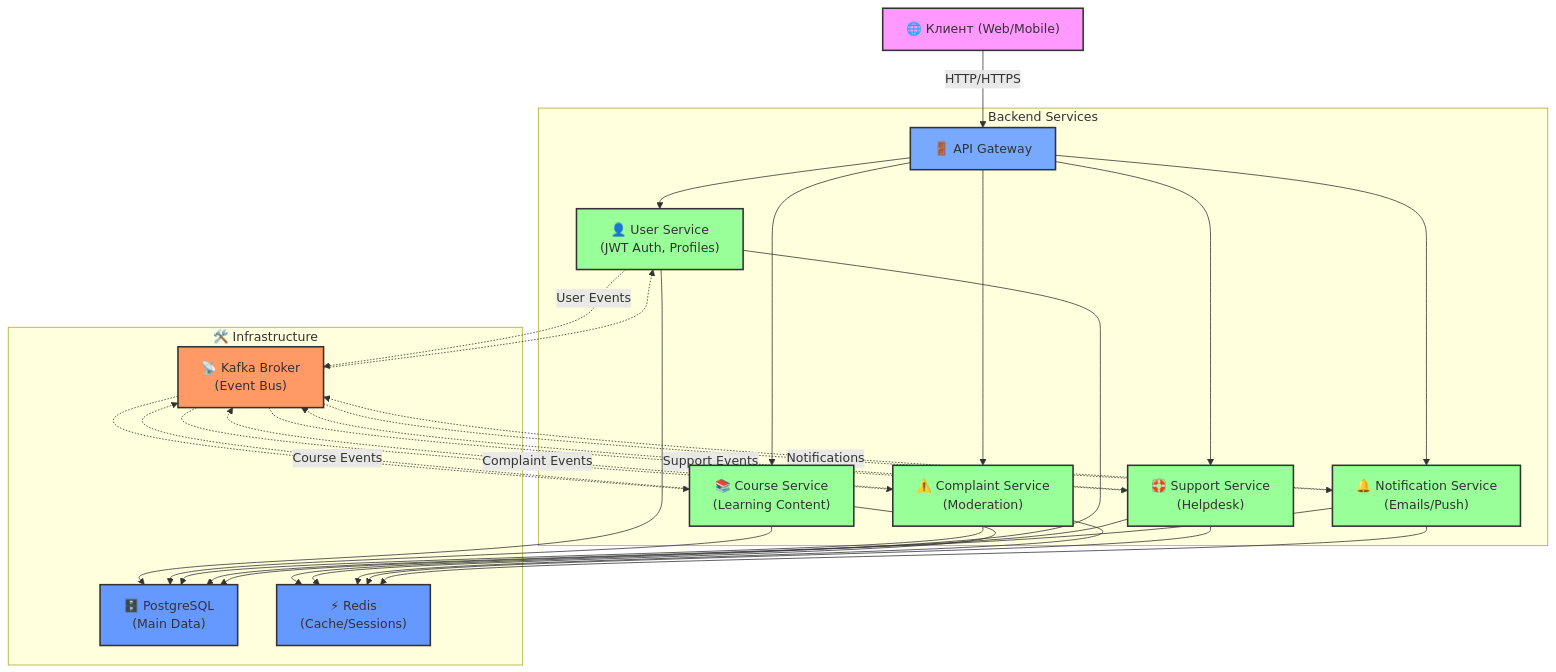
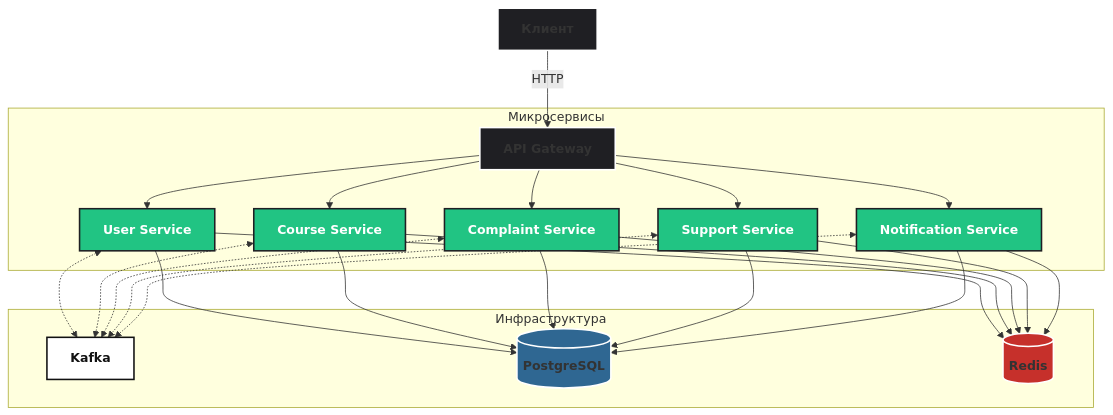
Before and after one commit to Persdsr/Slay: the diagram in README.md, drawn with Mermaid.

Commit message:
readme update

````diff
--- a/README.md
+++ b/README.md
@@ -27,48 +27,39 @@
 ```mermaid
 flowchart TD
-    A["🌐 Клиент (Web/Mobile)"] -->|HTTP/HTTPS| B["🚪 API Gateway"]
+    A[Клиент] -->|HTTP| B[API Gateway]
 
-    subgraph Backend Services
-        B --> C["👤 User Service\n(JWT Auth, Profiles)"]
-        B --> D["📚 Course Service\n(Learning Content)"]
-        B --> E["⚠️ Complaint Service\n(Moderation)"]
-        B --> F["🛟 Support Service\n(Helpdesk)"]
-        B --> G["🔔 Notification Service\n(Emails/Push)"]
+    subgraph "Микросервисы"
+        B --> C[User Service]
+        B --> D[Course Service]
+        B --> E[Complaint Service]
+        B --> F[Support Service]
+        B --> G[Notification Service]
     end
 
-    subgraph Infrastructure["🛠️ Infrastructure"]
-        K["📡 Kafka Broker\n(Event Bus)"]
-        DB["🗄️ PostgreSQL\n(Main Data)"]
-        R["⚡ Redis\n(Cache/Sessions)"]
+    subgraph "Инфраструктура"
+        K[Kafka]
+        DB[(PostgreSQL)]
+        Redis[(Redis)]
     end
 
-%% Database connections
     C & D & E & F & G --> DB
-    C & D & E & F & G --> R
+    C & D & E & F & G --> Redis
 
-%% Event-driven connections
-    C -.->|User Events| K
-    D -.->|Course Events| K
-    E -.->|Complaint Events| K
-    F -.->|Support Events| K
-    G -.->|Notifications| K
+    C <-.-> K
+    D <-.-> K
+    E <-.-> K
+    F <-.-> K
+    G <-.-> K
 
-    K -.-> C
-    K -.-> D
-    K -.-> E
-    K -.-> F
-    K -.-> G
+    classDef service fill:#21c483, stroke:#1F1F23, color: #fff, font-weight: 900,stroke-width:2px;
+    classDef kafka fill:#fff, stroke:#111, color:#111, font-weight: 900,stroke-width:2px;
+    classDef redis fill:#c6302b, stroke:#fff, font-weight: 900,stroke-width:2px;
+    classDef db fill:#2f6792, stroke:#fff, font-weight: 900,stroke-width:2px;
+    classDef base fill:#1F1F23, stroke:#fff, font-weight: 900,stroke-width:2px;
 
-%% Styling
-    classDef client fill:#f9f,stroke:#333,stroke-width:2px;
-    classDef gateway fill:#7af,stroke:#333,stroke-width:2px;
-    classDef service fill:#9f9,stroke:#333,stroke-width:2px;
-    classDef infra fill:#f96,stroke:#333,stroke-width:2px;
-    classDef db fill:#69f,stroke:#333,stroke-width:2px;
-
-    class A client
-    class B gateway
     class C,D,E,F,G service
-    class K infra
-    class DB,R db
+    class Redis redis
+    class K kafka
+    class DB db
+    class A,B base
 ```
````
